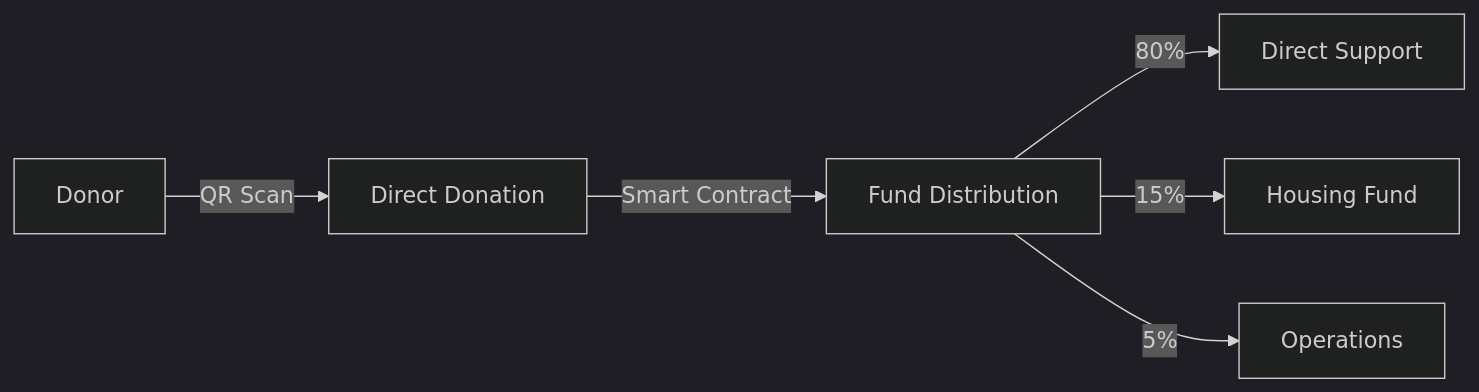
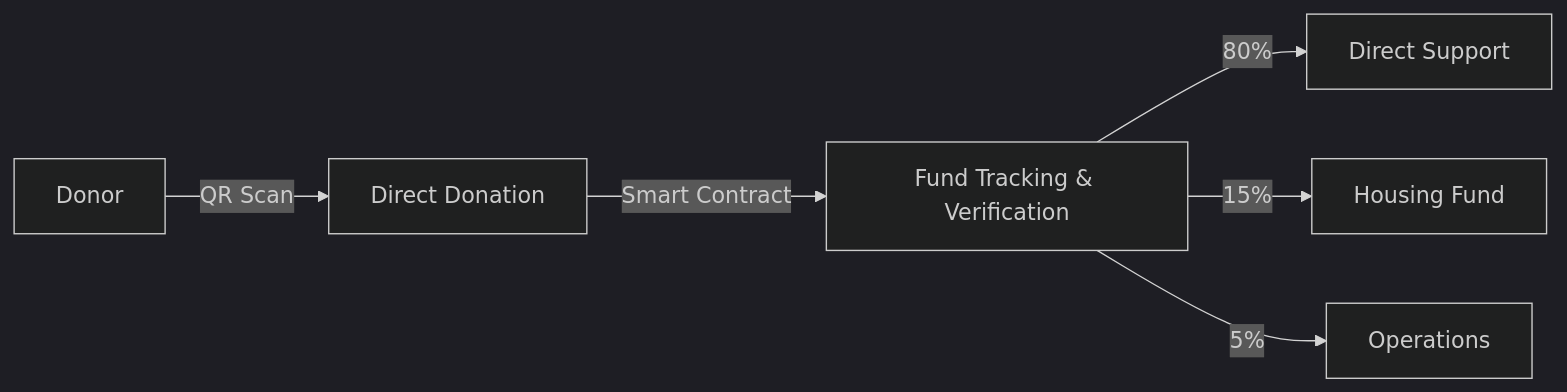
One commit to mrj0nesmtl/sheltr-v2 changed the first of 2 diagrams in README.md. Above: the diagram before and after it, drawn with Mermaid (dark theme). The commit also changed other lines of this file, not shown here.

````diff
--- a/README.md
+++ b/README.md
@@ -52,8 +52,8 @@
 ```mermaid
 graph LR
     A[Donor] -->|QR Scan| B[Direct Donation]
-    B -->|Smart Contract| C[Fund Distribution]
+    B -->|Smart Contract| C[Fund Tracking & Verification]
     C -->|80%| D[Direct Support]
     C -->|15%| E[Housing Fund]
     C -->|5%| F[Operations]
 ```
````
